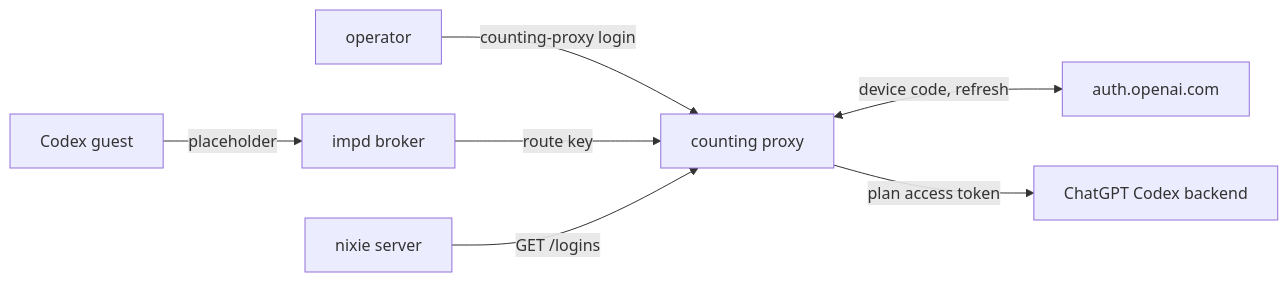
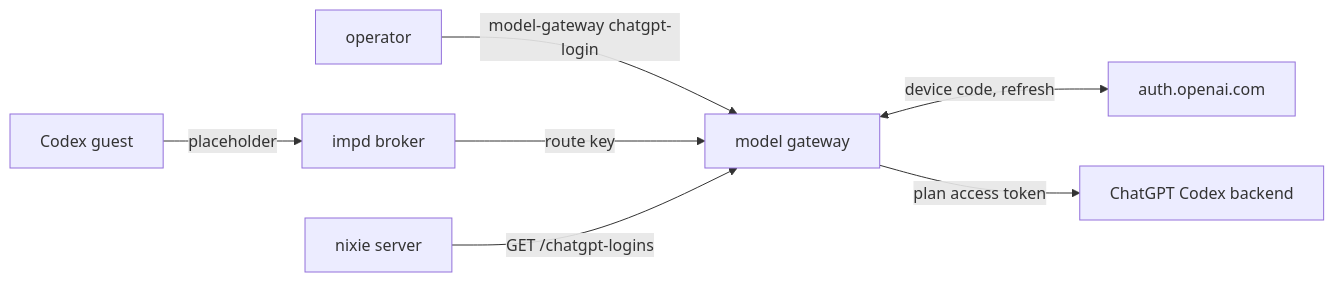
Before and after one commit to zgeoff/nixie: the diagram in docs/design/queue/plan-login-token.md, drawn with Mermaid. The commit also changed other lines of this file and 95 other files, not shown here.

````diff
--- a/docs/design/queue/plan-login-token.md
+++ b/docs/design/queue/plan-login-token.md
@@ -34,9 +35,9 @@
 ```mermaid
 flowchart LR
-  op[operator] -->|"counting-proxy login"| proxy[counting proxy]
-  proxy <-->|"device code, refresh"| auth[auth.openai.com]
+  op[operator] -->|"model-gateway chatgpt-login"| gateway[model gateway]
+  gateway <-->|"device code, refresh"| auth[auth.openai.com]
   guest[Codex guest] -->|"placeholder"| broker[impd broker]
-  broker -->|"route key"| proxy
-  proxy -->|"plan access token"| backend[ChatGPT Codex backend]
-  server[nixie server] -->|"GET /logins"| proxy
+  broker -->|"route key"| gateway
+  gateway -->|"plan access token"| backend[ChatGPT Codex backend]
+  server[nixie server] -->|"GET /chatgpt-logins"| gateway
 ```
````
